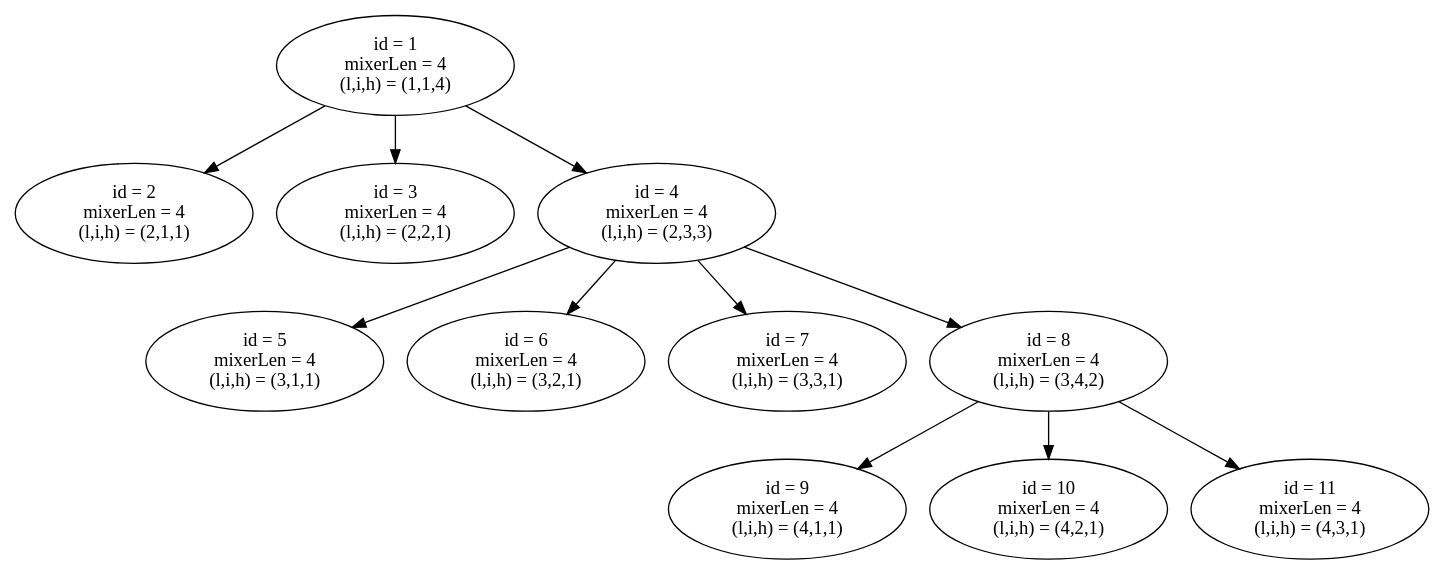
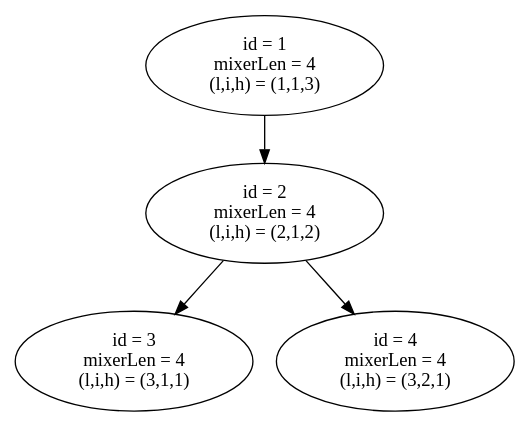
One commit to AbhikKhan/ApproximatedSAT changed the diagram in PossibleRatios/skeletonTreeAfterAdding_lih.dot. Above: the diagram before and after it, drawn with Graphviz. The commit also changed 802 other files, not shown here.

```diff
--- a/PossibleRatios/skeletonTreeAfterAdding_lih.dot
+++ b/PossibleRatios/skeletonTreeAfterAdding_lih.dot
@@ -1,24 +1,10 @@
 digraph "DD" { 
 graph [ ordering = "out"];
-1 [label = "id = 1\n mixerLen = 4 \n (l,i,h) = (1,1,4)"] 
-2 [label = "id = 2\n mixerLen = 4 \n (l,i,h) = (2,1,1)"] 
-3 [label = "id = 3\n mixerLen = 4 \n (l,i,h) = (2,2,1)"] 
-4 [label = "id = 4\n mixerLen = 4 \n (l,i,h) = (2,3,3)"] 
-5 [label = "id = 5\n mixerLen = 4 \n (l,i,h) = (3,1,1)"] 
-6 [label = "id = 6\n mixerLen = 4 \n (l,i,h) = (3,2,1)"] 
-7 [label = "id = 7\n mixerLen = 4 \n (l,i,h) = (3,3,1)"] 
-8 [label = "id = 8\n mixerLen = 4 \n (l,i,h) = (3,4,2)"] 
-9 [label = "id = 9\n mixerLen = 4 \n (l,i,h) = (4,1,1)"] 
-10 [label = "id = 10\n mixerLen = 4 \n (l,i,h) = (4,2,1)"] 
-11 [label = "id = 11\n mixerLen = 4 \n (l,i,h) = (4,3,1)"] 
+1 [label = "id = 1\n mixerLen = 4 \n (l,i,h) = (1,1,3)"] 
+2 [label = "id = 2\n mixerLen = 4 \n (l,i,h) = (2,1,2)"] 
+3 [label = "id = 3\n mixerLen = 4 \n (l,i,h) = (3,1,1)"] 
+4 [label = "id = 4\n mixerLen = 4 \n (l,i,h) = (3,2,1)"] 
 1 -> 2;
-1 -> 3;
-1 -> 4;
-4 -> 5;
-4 -> 6;
-4 -> 7;
-4 -> 8;
-8 -> 9;
-8 -> 10;
-8 -> 11;
+2 -> 3;
+2 -> 4;
 }
```
